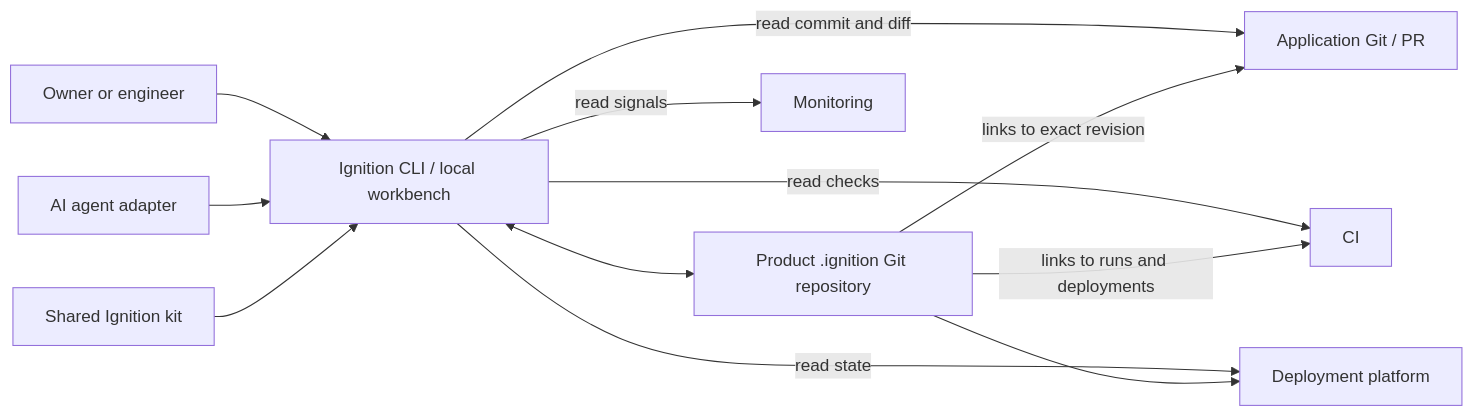
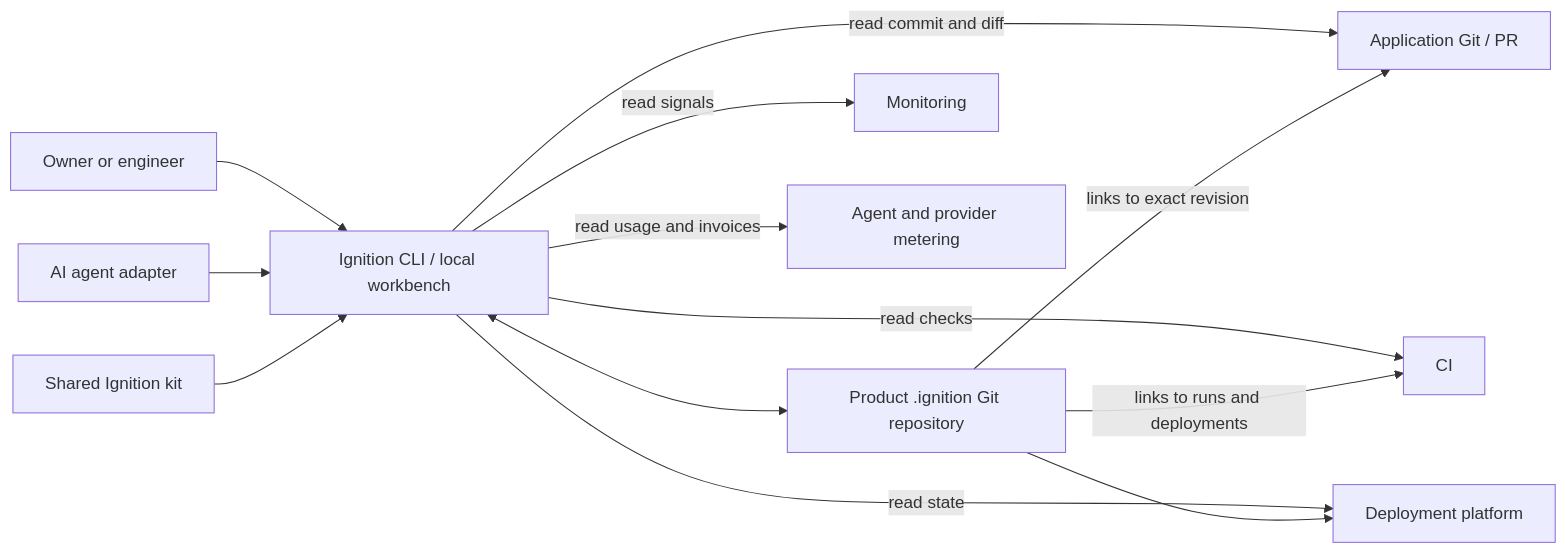
The diagram in DESIGN.md (mohsalsaleem/ignition-engineering), drawn with Mermaid before and after one commit. The commit also changed other lines of this file and 3 other files, not shown here.

````diff
--- a/DESIGN.md
+++ b/DESIGN.md
@@ -82,14 +93,15 @@
 ```mermaid
 flowchart LR
     H[Owner or engineer] --> C[Ignition CLI / local workbench]
     A[AI agent adapter] --> C
     K[Shared Ignition kit] --> C
     C <--> R[Product .ignition Git repository]
     C -->|read commit and diff| G[Application Git / PR]
     C -->|read checks| T[CI]
     C -->|read state| D[Deployment platform]
     C -->|read signals| M[Monitoring]
+    C -->|read usage and invoices| U[Agent and provider metering]
     R -->|links to exact revision| G
     R -->|links to runs and deployments| T
     R --> D
 ```
````
